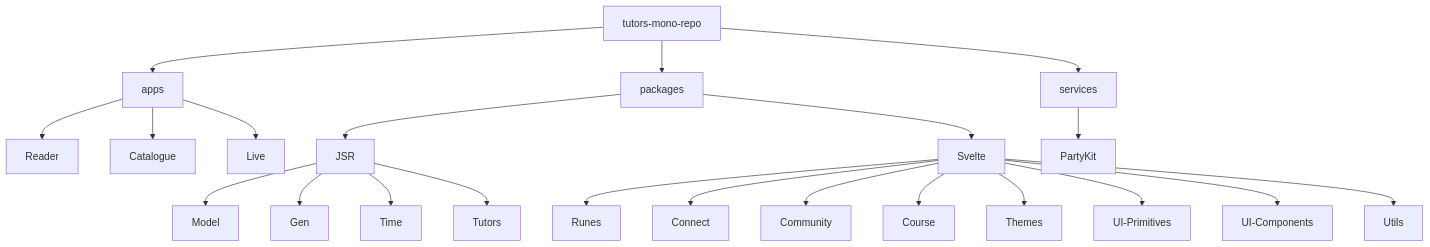
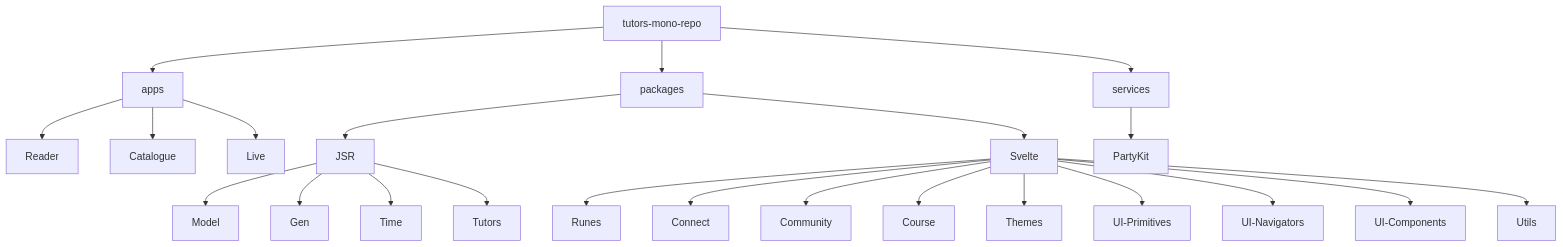
Before and after one commit to tutors-sdk/tutors-reference-manual: the first of 14 diagrams in unit-4-dev/note-architecture/note-architecture.md, drawn with Mermaid. The commit also changed other lines of this file and 8 other files, not shown here.

Commit message:
updated architecture

````diff
--- a/unit-4-dev/note-architecture/note-architecture.md
+++ b/unit-4-dev/note-architecture/note-architecture.md
@@ -48,31 +48,32 @@
 ```mermaid
 graph TD
   root["tutors-mono-repo"]
 
   root --> apps
   root --> packages
   root --> services
 
   apps --> reader["Reader"]
   apps --> catalogue["Catalogue"]
   apps --> live["Live"]
 
   packages --> jsr["JSR"]
   packages --> svelte["Svelte"]
 
   jsr --> model["Model"]
   jsr --> gen["Gen"]
   jsr --> time["Time"]
   jsr --> tutors_cli["Tutors"]
 
   svelte --> runes["Runes"]
   svelte --> connect["Connect"]
   svelte --> community["Community"]
   svelte --> course["Course"]
   svelte --> themes["Themes"]
   svelte --> ui_prim["UI-Primitives"]
+  svelte --> ui_nav["UI-Navigators"]
   svelte --> ui_comp["UI-Components"]
   svelte --> utils["Utils"]
 
   services --> partykit["PartyKit"]
 ```
````
